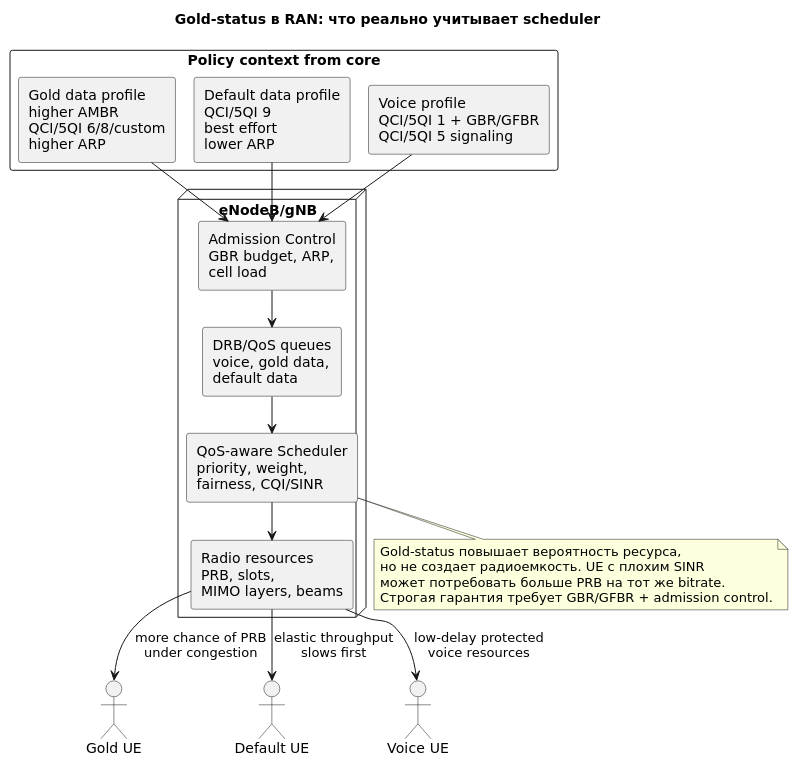
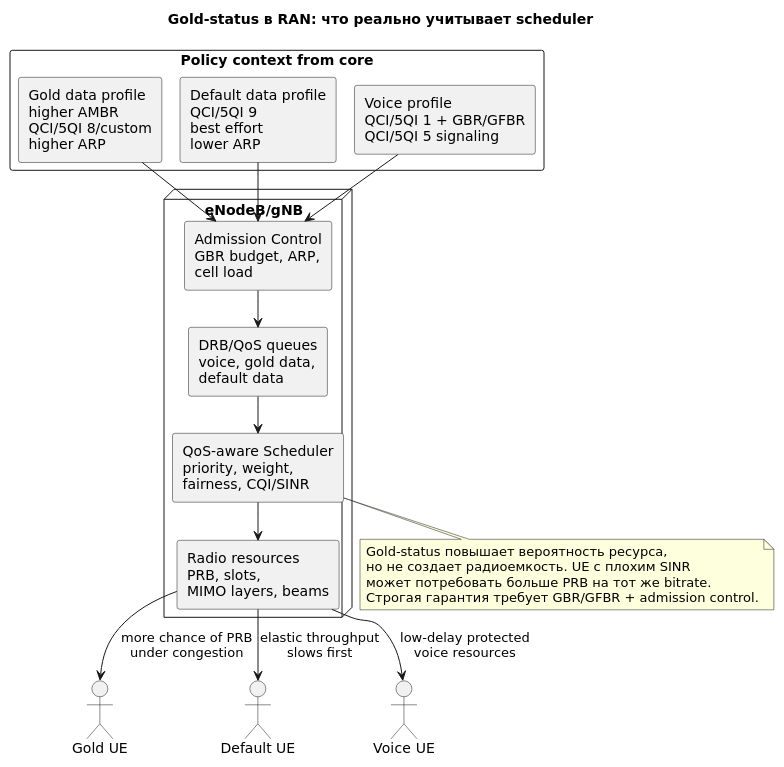
Before and after one commit to jvbistrue-art/Analitics: the diagram in docs/mobile-network-qos/diagrams/src/gold-status-ran-detail.puml, drawn with PlantUML. The commit also changed 24 other files, not shown here.

```diff
--- a/docs/mobile-network-qos/diagrams/src/gold-status-ran-detail.puml
+++ b/docs/mobile-network-qos/diagrams/src/gold-status-ran-detail.puml
@@ -1,39 +1,39 @@
 @startuml gold-status-ran-detail
 !pragma layout smetana
 skinparam componentStyle rectangle
 skinparam shadowing false
 skinparam defaultFontName DejaVu Sans
 title Gold-status в RAN: что реально учитывает scheduler
 
 rectangle "Policy context from core" as POL {
-  rectangle "Gold data profile\nhigher AMBR\nQCI/5QI 6/8/custom\nhigher ARP" as GOLD
+  rectangle "Gold data profile\nhigher AMBR\nQCI/5QI 8/custom\nhigher ARP" as GOLD
   rectangle "Default data profile\nQCI/5QI 9\nbest effort\nlower ARP" as DEF
   rectangle "Voice profile\nQCI/5QI 1 + GBR/GFBR\nQCI/5QI 5 signaling" as VOICE
 }
 node "eNodeB/gNB" as RAN {
   rectangle "Admission Control\nGBR budget, ARP,\ncell load" as ADM
   rectangle "DRB/QoS queues\nvoice, gold data,\ndefault data" as QUE
   rectangle "QoS-aware Scheduler\npriority, weight,\nfairness, CQI/SINR" as SCH
   rectangle "Radio resources\nPRB, slots,\nMIMO layers, beams" as RES
 }
 actor "Gold UE" as GUE
 actor "Default UE" as DUE
 actor "Voice UE" as VUE
 
 GOLD --> ADM
 DEF --> ADM
 VOICE --> ADM
 ADM --> QUE
 QUE --> SCH
 SCH --> RES
 RES --> GUE : more chance of PRB\nunder congestion
 RES --> DUE : elastic throughput\nslows first
 RES --> VUE : low-delay protected\nvoice resources
 
 note bottom of SCH
 Gold-status повышает вероятность ресурса,
 но не создает радиоемкость. UE с плохим SINR
 может потребовать больше PRB на тот же bitrate.
 Строгая гарантия требует GBR/GFBR + admission control.
 end note
 @enduml
```
